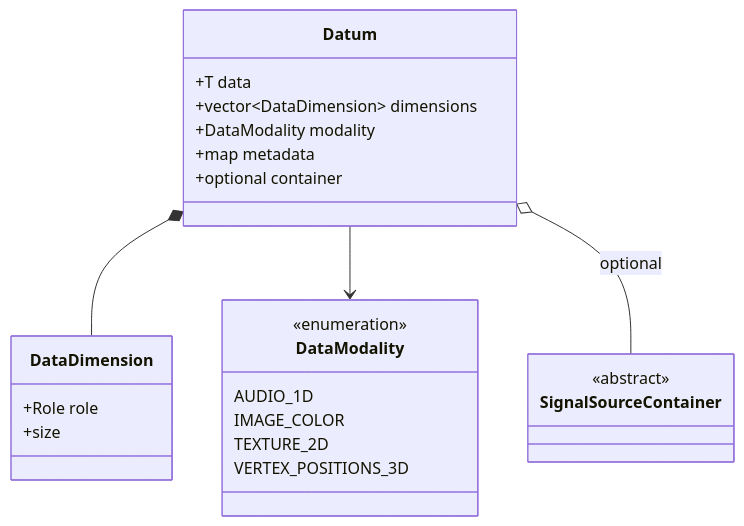
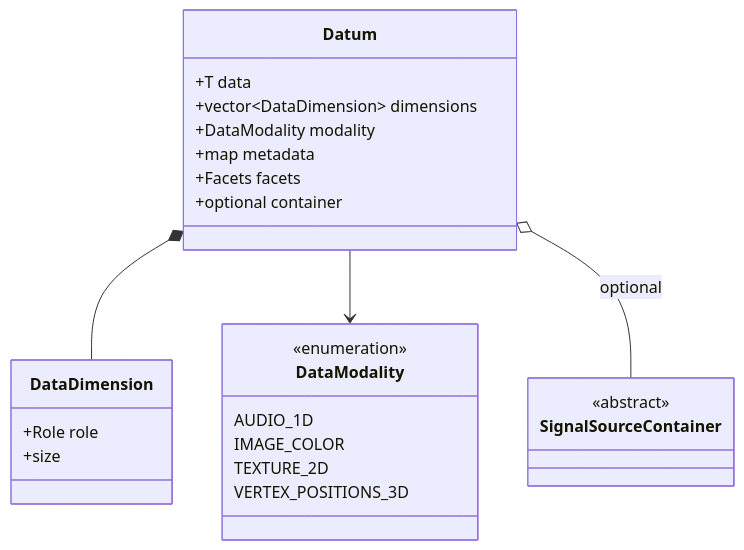
One commit to MayaFlux/MayaFlux changed the second of 14 diagrams in docs/GPGPU-Guide.md. Above: the diagram before and after it, drawn with Mermaid. The commit also changed other lines of this file and 3 other files, not shown here.

````diff
--- a/docs/GPGPU-Guide.md
+++ b/docs/GPGPU-Guide.md
@@ -120,27 +152,28 @@
 ```mermaid
 classDiagram
     class Datum {
         +T data
         +vector~DataDimension~ dimensions
         +DataModality modality
         +map metadata
+        +Facets facets
         +optional container
     }
     class DataDimension {
         +Role role
         +size
     }
     class DataModality {
         <<enumeration>>
         AUDIO_1D
         IMAGE_COLOR
         TEXTURE_2D
         VERTEX_POSITIONS_3D
     }
     class SignalSourceContainer {
         <<abstract>>
     }
     Datum *-- DataDimension
     Datum --> DataModality
     Datum o-- SignalSourceContainer : optional
 ```
````
